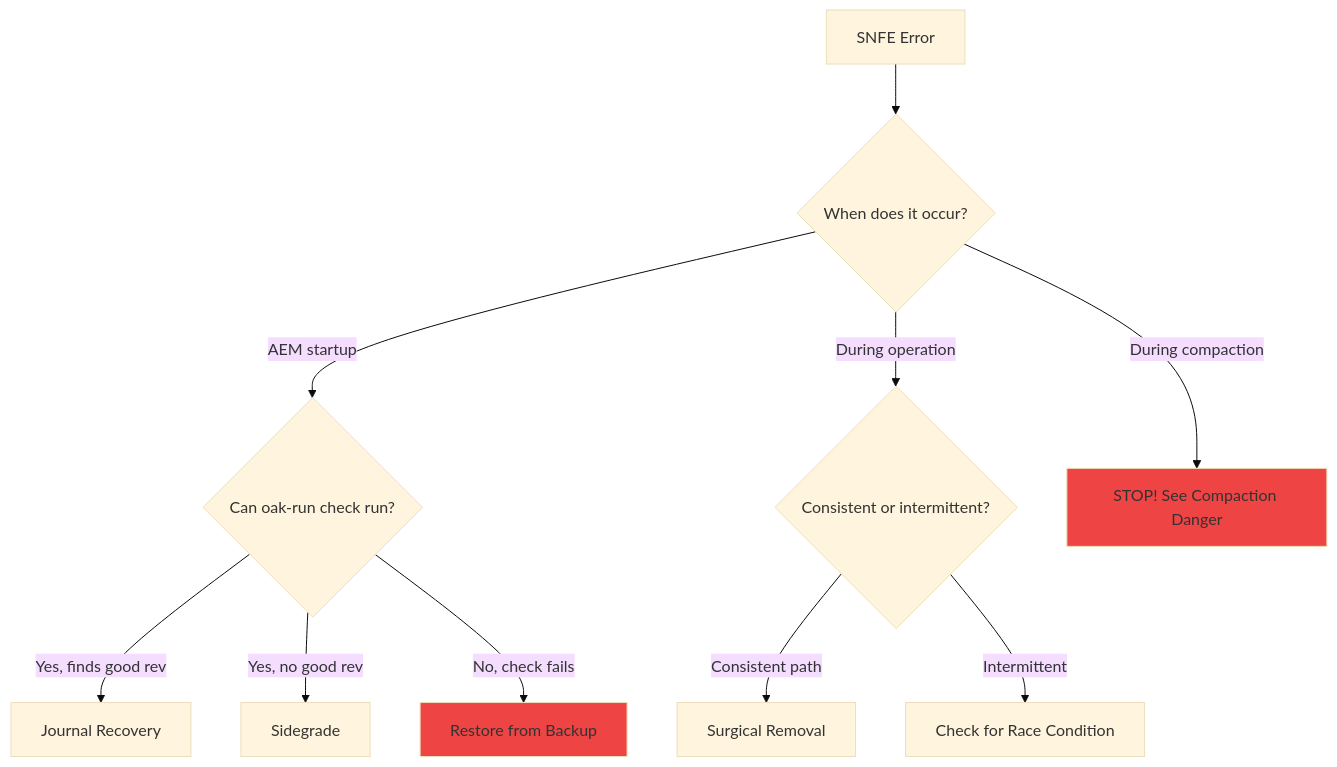
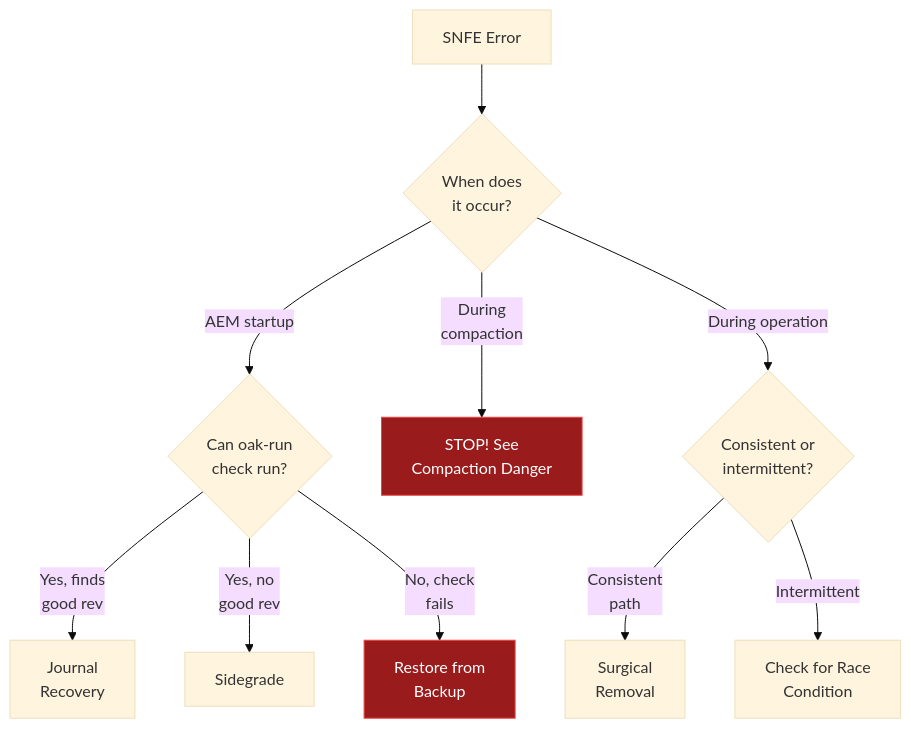
One commit to somarc/oak-magnum-oakus changed the diagram in docs/recovery/snfe-playbook.md. Above: the diagram before and after it, drawn with Mermaid (base theme). The commit also changed 24 other files, not shown here.

````diff
--- a/docs/recovery/snfe-playbook.md
+++ b/docs/recovery/snfe-playbook.md
@@ -25,17 +25,17 @@
 ```mermaid
 flowchart TD
-    A[SNFE Error] --> B{When does it occur?}
-    B -->|AEM startup| C{Can oak-run check run?}
-    B -->|During operation| D{Consistent or intermittent?}
-    B -->|During compaction| E[STOP! See Compaction Danger]
+    A[SNFE Error] --> B{When does<br/>it occur?}
+    B -->|AEM startup| C{Can oak-run<br/>check run?}
+    B -->|During<br/>compaction| E[STOP! See<br/>Compaction Danger]
+    B -->|During operation| D{Consistent or<br/>intermittent?}
     
-    C -->|Yes, finds good rev| F[Journal Recovery]
-    C -->|Yes, no good rev| G[Sidegrade]
-    C -->|No, check fails| H[Restore from Backup]
+    C -->|Yes, finds<br/>good rev| F[Journal<br/>Recovery]
+    C -->|Yes, no<br/>good rev| G[Sidegrade]
+    C -->|No, check<br/>fails| H[Restore from<br/>Backup]
     
-    D -->|Consistent path| I[Surgical Removal]
-    D -->|Intermittent| J[Check for Race Condition]
+    D -->|Consistent<br/>path| I[Surgical<br/>Removal]
+    D -->|Intermittent| J[Check for Race<br/>Condition]
     
-    style H fill:#ef4444
-    style E fill:#ef4444
+    style H fill:#991b1b,stroke:#ef4444,color:#fff
+    style E fill:#991b1b,stroke:#ef4444,color:#fff
 ```
````
